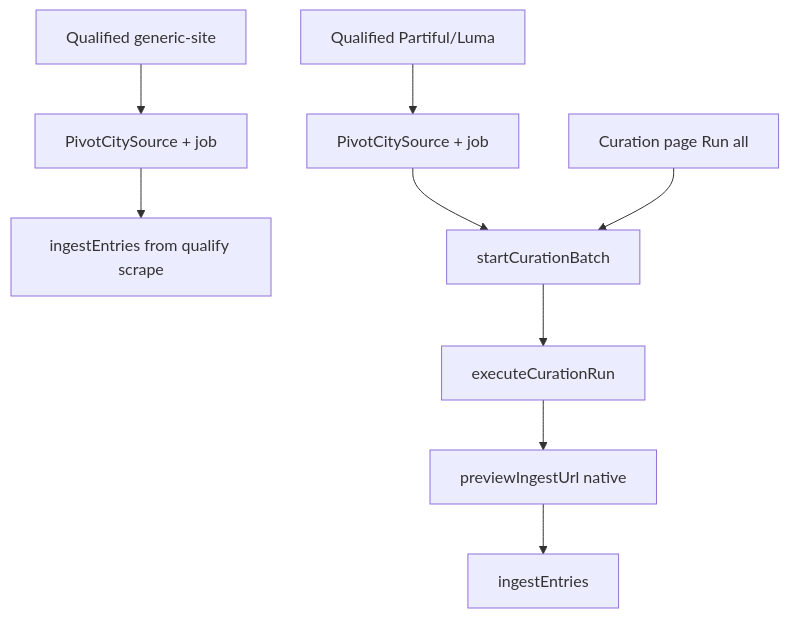
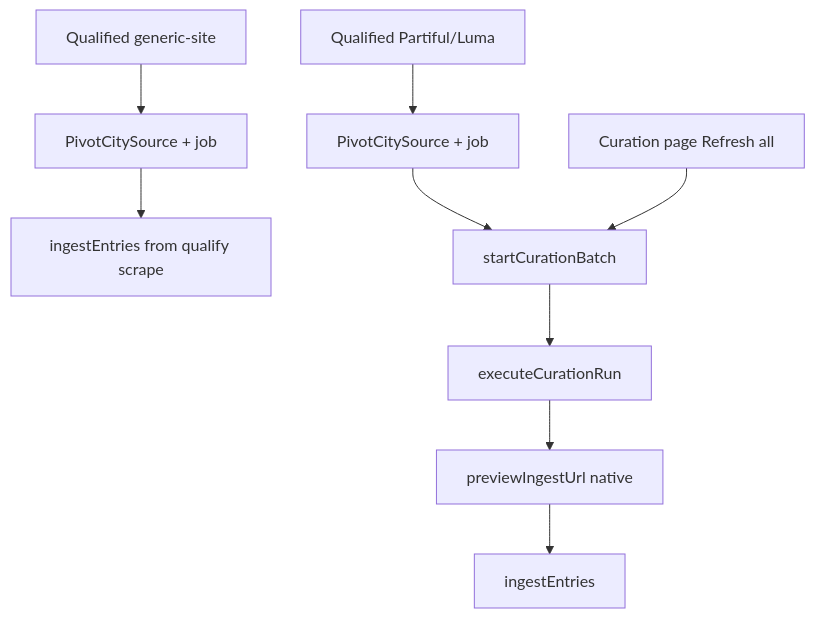
Before and after one commit to Meridian-Technology/Meridian: the fourth of 6 diagrams in DISCOVERY_ORCHESTRATION_WALKTHROUGH.md, drawn with Mermaid. The commit also changed other lines of this file and 1 other file, not shown here.

First line of the commit message:
MER-194: Document native-first discovery versus weekly refresh.

````diff
--- a/DISCOVERY_ORCHESTRATION_WALKTHROUGH.md
+++ b/DISCOVERY_ORCHESTRATION_WALKTHROUGH.md
@@ -274,11 +329,11 @@
 ```mermaid
 flowchart TB
   QG[Qualified generic-site] --> Reg1[PivotCitySource + job]
   Reg1 --> Ing1[ingestEntries from qualify scrape]
   QN[Qualified Partiful/Luma] --> Reg2[PivotCitySource + job]
   Reg2 --> Batch[startCurationBatch]
   Batch --> Run[executeCurationRun]
   Run --> Preview[previewIngestUrl native]
   Preview --> Ing2[ingestEntries]
-  Manual[Curation page Run all] --> Batch
+  Manual[Curation page Refresh all] --> Batch
 ```
````
